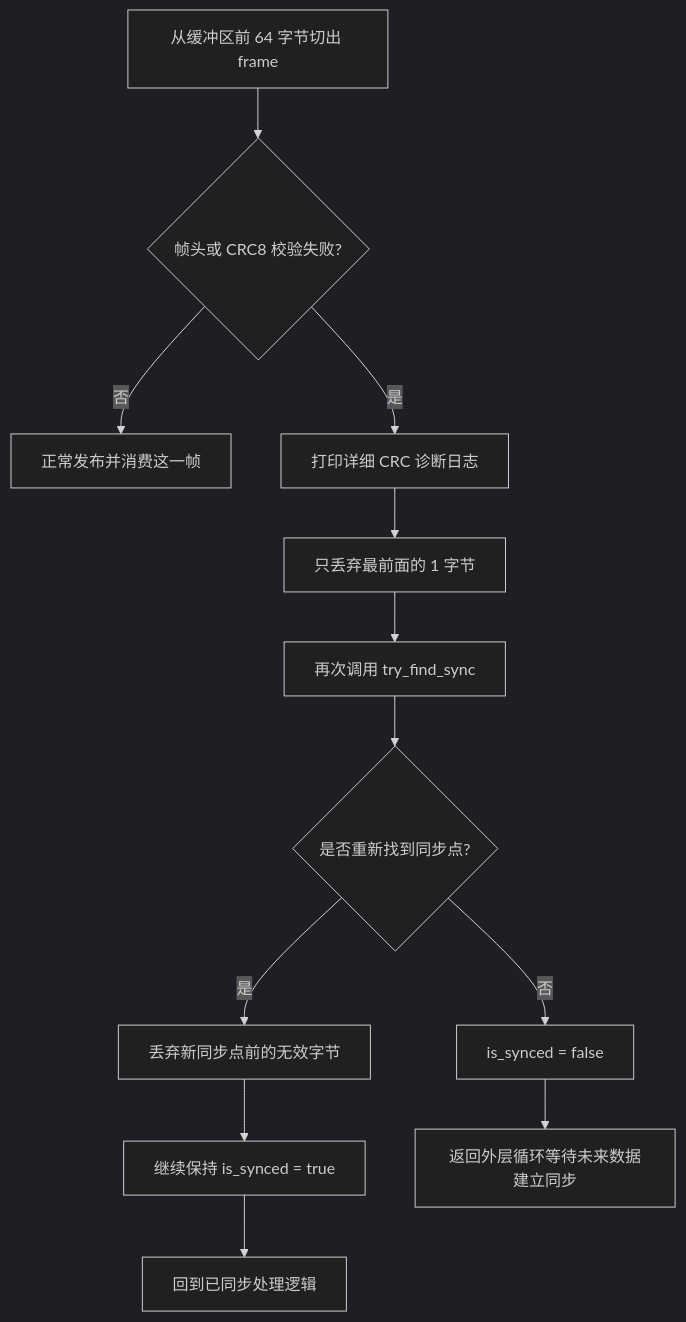
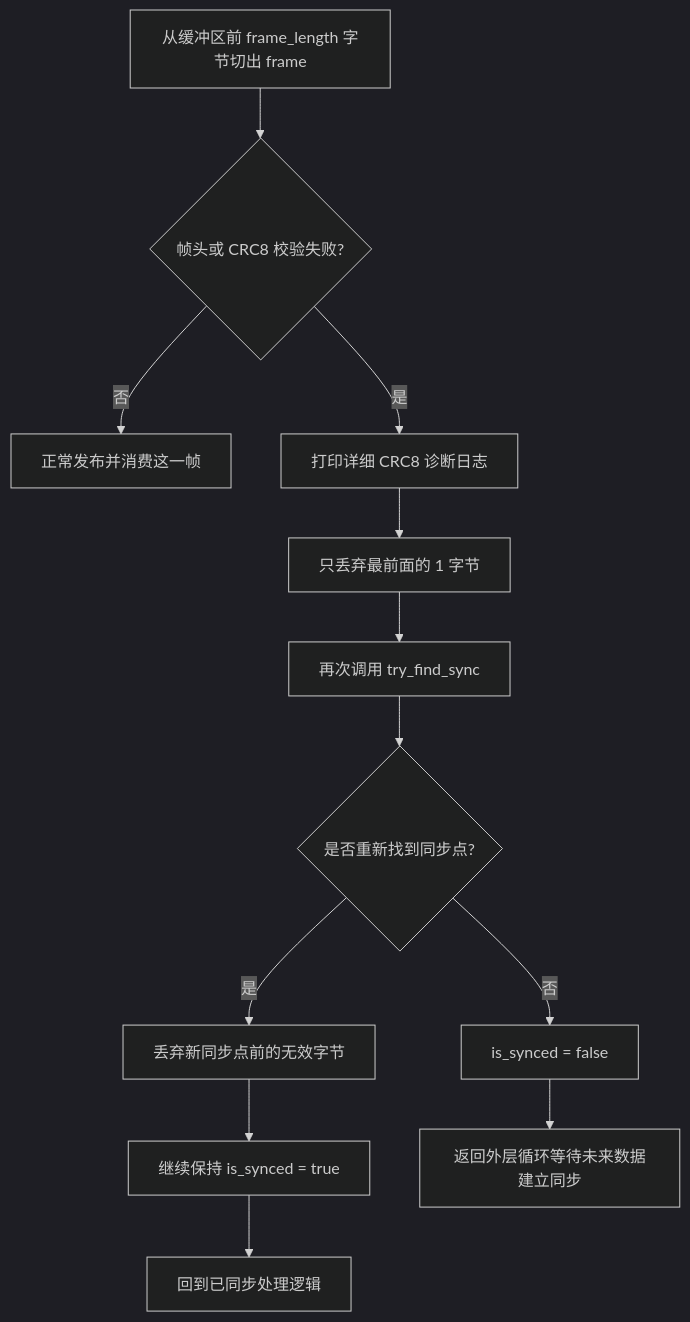
The second of 2 diagrams in docs/frame_sync/04_校验失败重同步.md (ecuster21/MissionComputerTeach), drawn with Mermaid (dark theme) before and after one commit. The commit also changed other lines of this file and 20 other files, not shown here.

````diff
--- a/docs/frame_sync/04_校验失败重同步.md
+++ b/docs/frame_sync/04_校验失败重同步.md
@@ -24,14 +20,14 @@
 ```mermaid
 flowchart TB
-    A[从缓冲区前 64 字节切出 frame] --> B{帧头或 CRC8 校验失败?}
+    A[从缓冲区前 frame_length 字节切出 frame] --> B{帧头或 CRC8 校验失败?}
     B -- 否 --> C[正常发布并消费这一帧]
-    B -- 是 --> D[打印详细 CRC 诊断日志]
+    B -- 是 --> D[打印详细 CRC8 诊断日志]
     D --> E[只丢弃最前面的 1 字节]
     E --> F[再次调用 try_find_sync]
     F --> G{是否重新找到同步点?}
     G -- 是 --> H[丢弃新同步点前的无效字节]
     H --> I[继续保持 is_synced = true]
     I --> J[回到已同步处理逻辑]
     G -- 否 --> K[is_synced = false]
     K --> L[返回外层循环等待未来数据建立同步]
 ```
````
